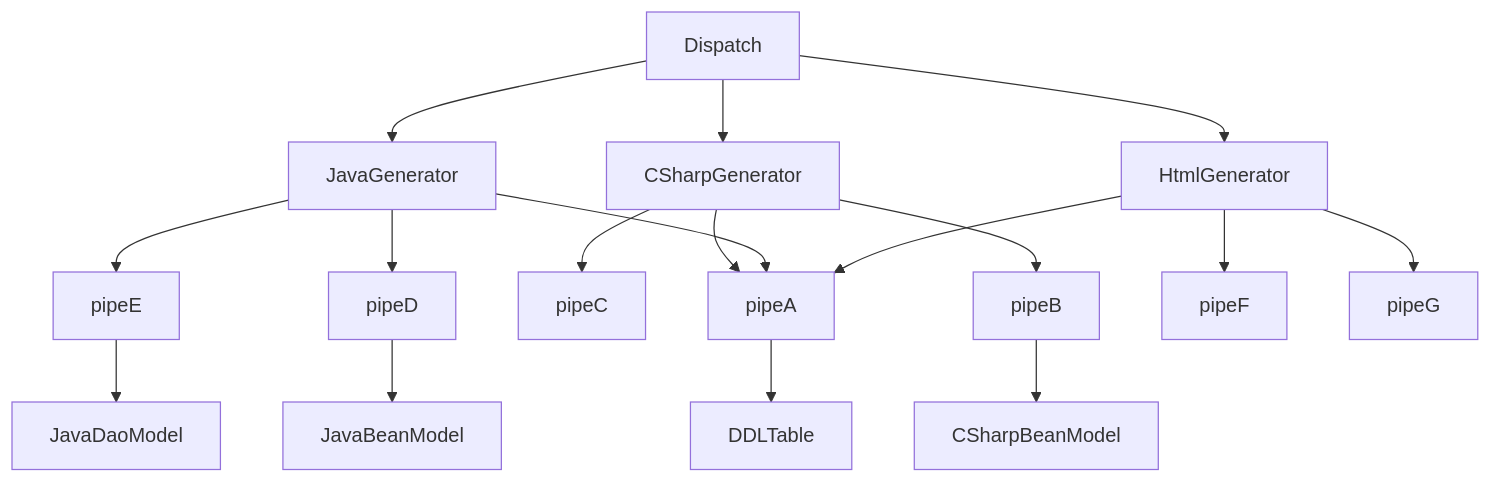
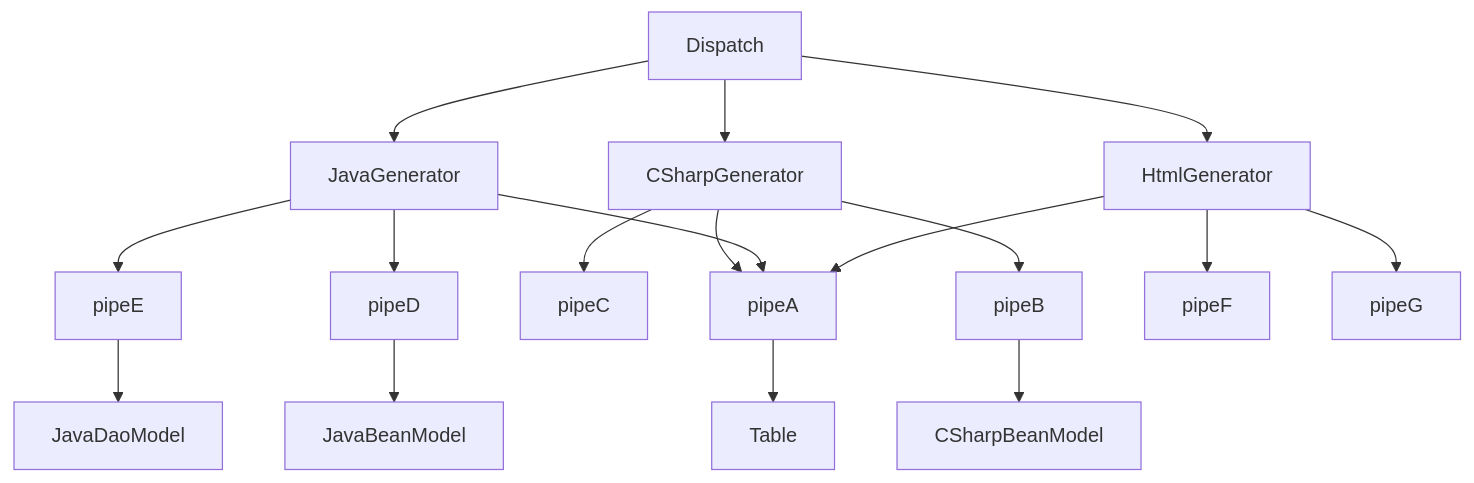
Before and after one commit to athinboy/mystudy: the first of 2 diagrams in dotnet/src/VSExtension/DBToClass/readme.md, drawn with Mermaid. The commit also changed other lines of this file and 47 other files, not shown here.

````diff
--- a/dotnet/src/VSExtension/DBToClass/readme.md
+++ b/dotnet/src/VSExtension/DBToClass/readme.md
@@ -6,19 +6,19 @@
 ```mermaid
 graph TD;
 Dispatch -->    CSharpGenerator
 Dispatch -->    JavaGenerator
 Dispatch -->    HtmlGenerator
 
-CSharpGenerator --> pipeA  -->  DDLTable
+CSharpGenerator --> pipeA  -->  Table
 CSharpGenerator --> pipeB   --> CSharpBeanModel
 CSharpGenerator --> pipeC
 
 JavaGenerator --> pipeA 
 JavaGenerator --> pipeD  --> JavaBeanModel
 JavaGenerator --> pipeE  --> JavaDaoModel
 
 HtmlGenerator --> pipeA 
 HtmlGenerator --> pipeF 
 HtmlGenerator --> pipeG
 
 ```
````
